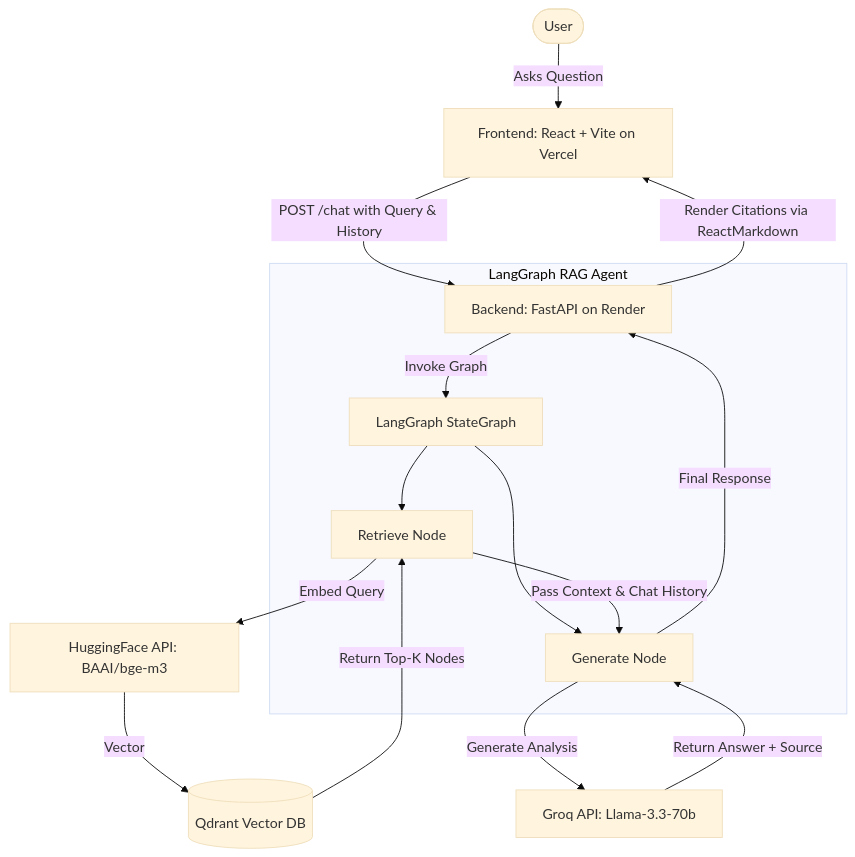
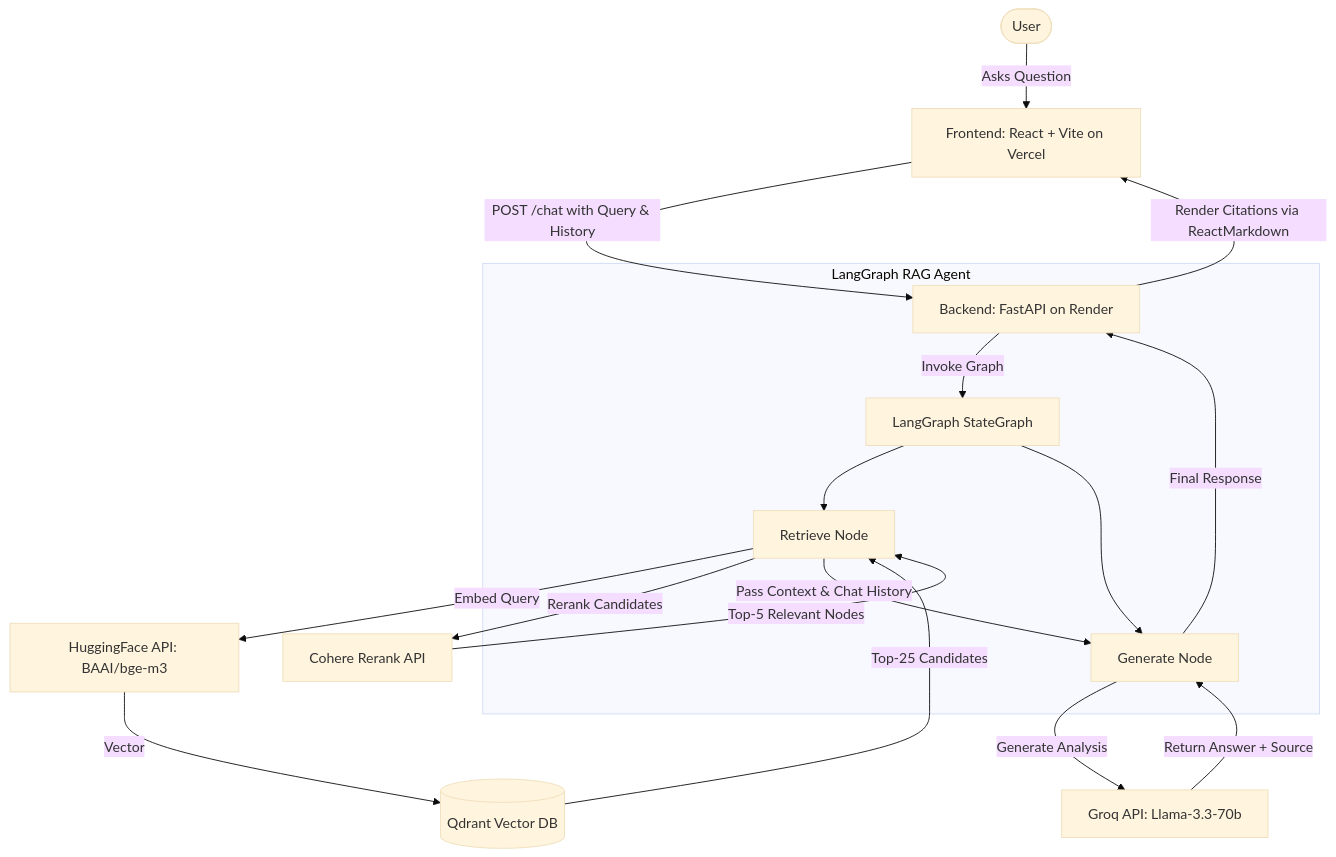
One commit to dovh11/finrag-project changed the diagram in README.md. Above: the diagram before and after it, drawn with Mermaid (base theme). The commit also changed other lines of this file, not shown here.

Commit message:
Update README: add two-stage retrieval with Cohere Rerank, fault-tolerant retry, and COHERE_API_KEY

````diff
--- a/README.md
+++ b/README.md
@@ -50,22 +52,24 @@
 ```mermaid
 graph TD
     User([User]) -->|Asks Question| UI[Frontend: React + Vite on Vercel]
     UI -->|POST /chat with Query & History| API[Backend: FastAPI on Render]
     
     subgraph LangGraph RAG Agent
         API -->|Invoke Graph| Agent[LangGraph StateGraph]
         Agent --> Retriever[Retrieve Node]
         Agent --> Generator[Generate Node]
     end
 
     Retriever -->|Embed Query| HF[HuggingFace API: BAAI/bge-m3]
     HF -->|Vector| Qdrant[(Qdrant Vector DB)]
-    Qdrant -->|Return Top-K Nodes| Retriever
+    Qdrant -->|Top-25 Candidates| Retriever
+    Retriever -->|Rerank Candidates| Cohere[Cohere Rerank API]
+    Cohere -->|Top-5 Relevant Nodes| Retriever
     
     Retriever -->|Pass Context & Chat History| Generator
     Generator -->|Generate Analysis| Groq[Groq API: Llama-3.3-70b]
     Groq -->|Return Answer + Source| Generator
     
     Generator -->|Final Response| API
     API -->|Render Citations via ReactMarkdown| UI
 ```
````
